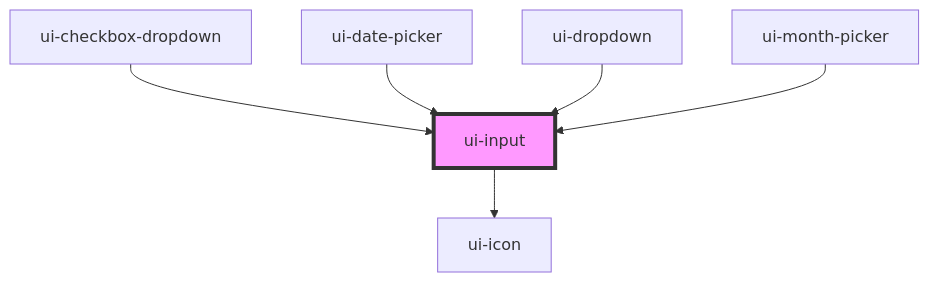
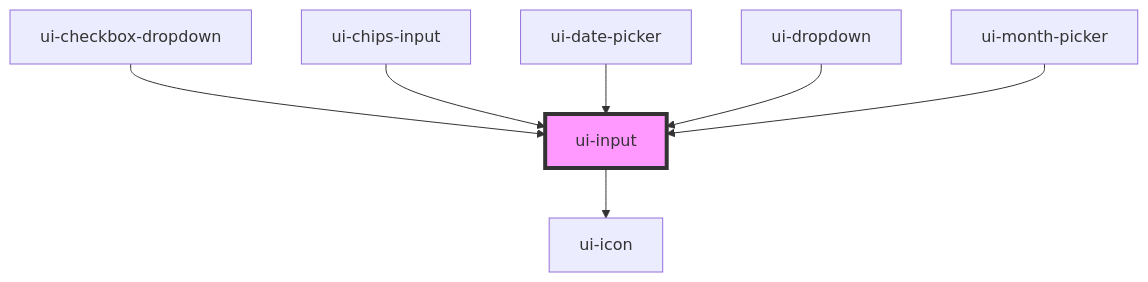
Before and after one commit to karan-technous/web-componenets-custome-lib: the diagram in ui-platform/packages/web-components/src/components/ui-input/readme.md, drawn with Mermaid. The commit also changed other lines of this file and 20 other files, not shown here.

Commit message:
chips text input component added

````diff
--- a/ui-platform/packages/web-components/src/components/ui-input/readme.md
+++ b/ui-platform/packages/web-components/src/components/ui-input/readme.md
@@ -48,9 +50,10 @@
 ```mermaid
 graph TD;
   ui-input --> ui-icon
   ui-checkbox-dropdown --> ui-input
+  ui-chips-input --> ui-input
   ui-date-picker --> ui-input
   ui-dropdown --> ui-input
   ui-month-picker --> ui-input
   style ui-input fill:#f9f,stroke:#333,stroke-width:4px
 ```
````
